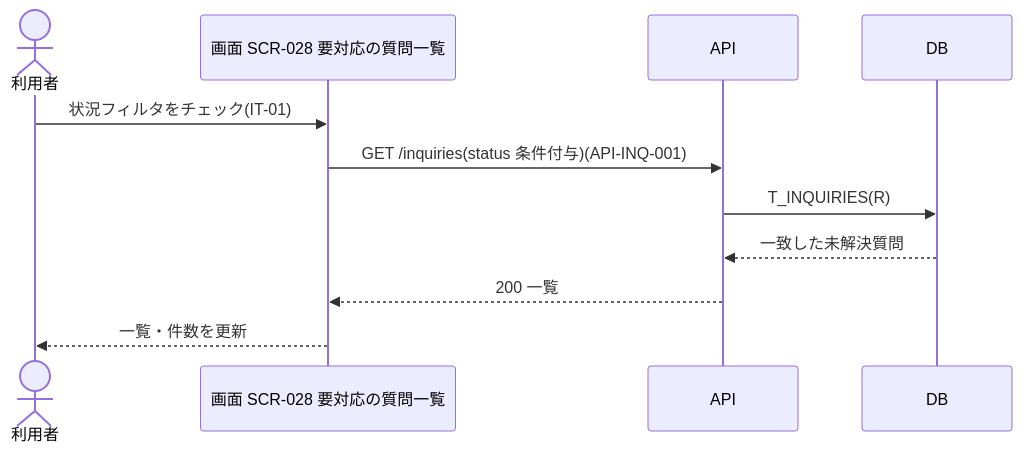
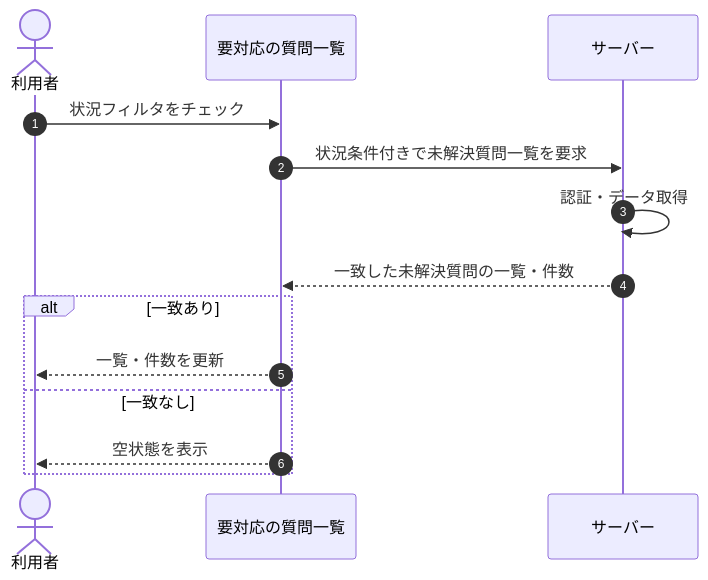
One commit to sikakou54/open-faq changed the diagram in 02_basic_design/05_sequences/SEQ-016.md. Above: the diagram before and after it, drawn with Mermaid. The commit also changed other lines of this file and 108 other files, not shown here.

First line of the commit message:
基本設計: シーケンス図を基本設計粒度(ユーザー/画面/サーバー)へ再編成

````diff
--- a/02_basic_design/05_sequences/SEQ-016.md
+++ b/02_basic_design/05_sequences/SEQ-016.md
@@ -25,13 +32,16 @@
 ```mermaid
 sequenceDiagram
+  autonumber
   actor U as 利用者
-  participant S as 画面 SCR-028 要対応の質問一覧
-  participant API as API
-  participant DB as DB
-  U->>S: 状況フィルタをチェック(IT-01)
-  S->>API: GET /inquiries(status 条件付与)(API-INQ-001)
-  API->>DB: T_INQUIRIES(R)
-  DB-->>API: 一致した未解決質問
-  API-->>S: 200 一覧
-  S-->>U: 一覧・件数を更新
+  participant Screen as 要対応の質問一覧
+  participant Server as サーバー
+  U->>Screen: 状況フィルタをチェック
+  Screen->>Server: 状況条件付きで未解決質問一覧を要求
+  Server->>Server: 認証・データ取得
+  Server-->>Screen: 一致した未解決質問の一覧・件数
+  alt 一致あり
+    Screen-->>U: 一覧・件数を更新
+  else 一致なし
+    Screen-->>U: 空状態を表示
+  end
 ```
````
